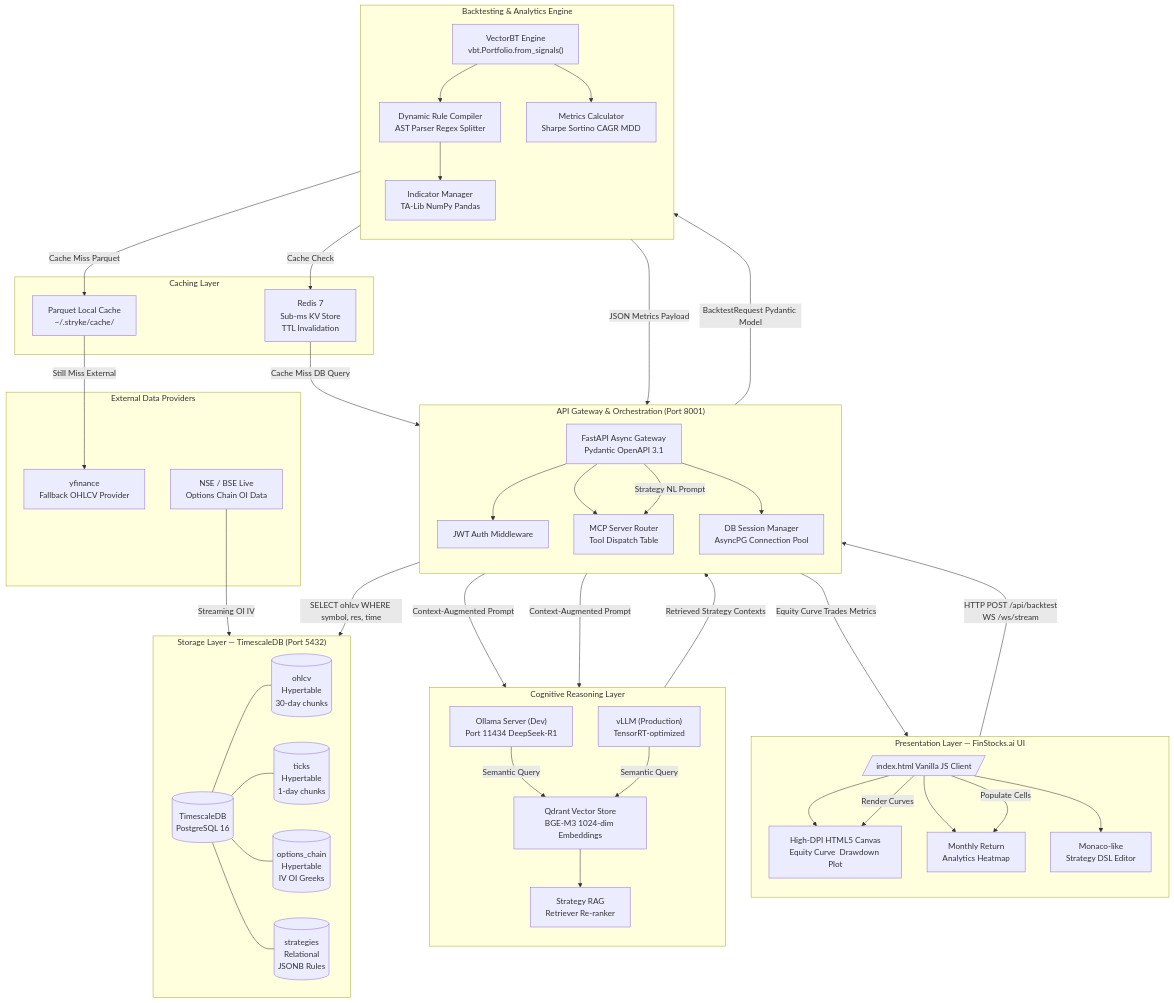
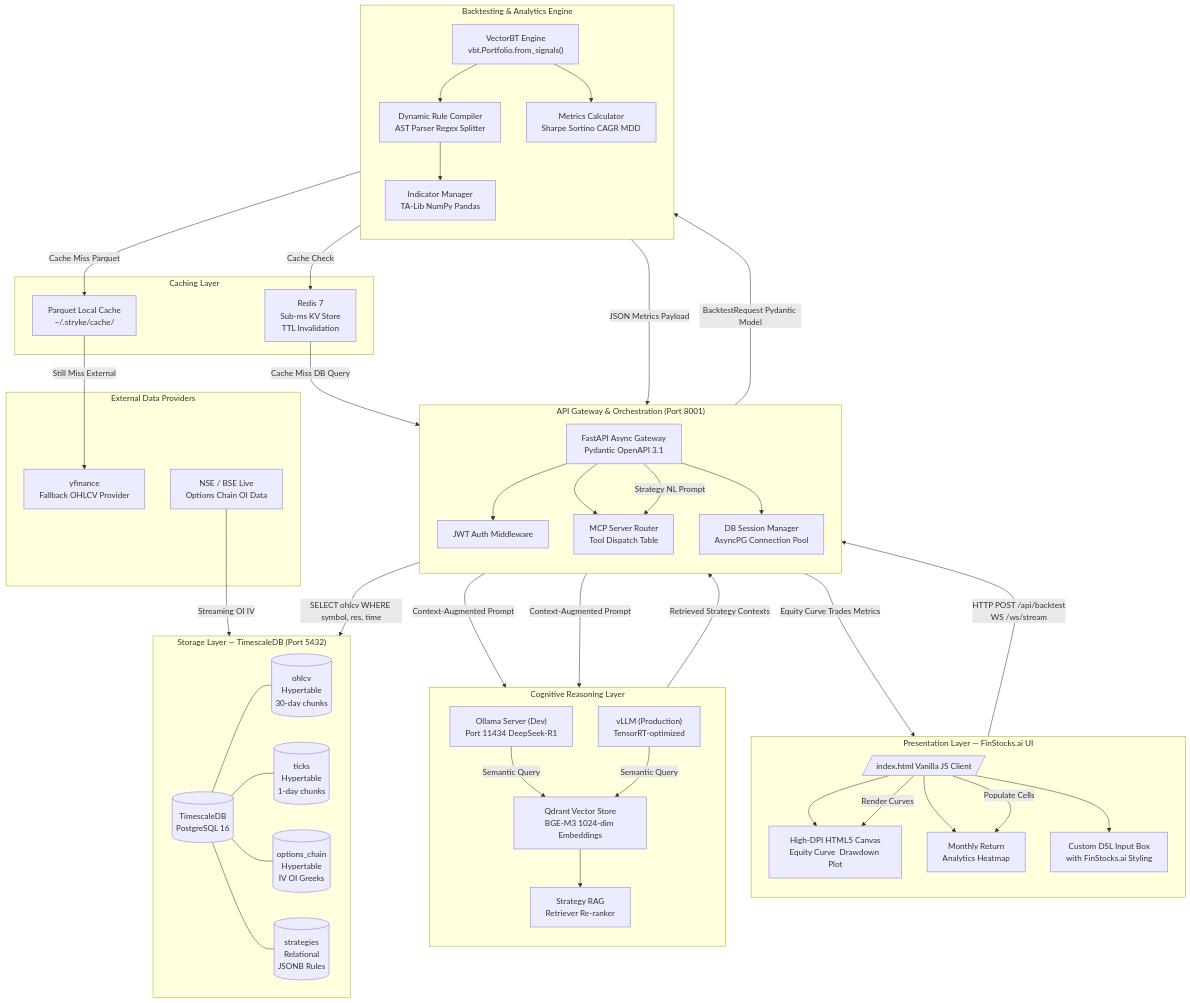
The diagram in README.md (MohammedLike/RAG-LLM-MCP-Strategy-Builder), drawn with Mermaid before and after one commit. The commit also changed other lines of this file, not shown here.

```diff
--- a/README.md
+++ b/README.md
@@ -110,7 +110,7 @@
         UI[/"index.html  Vanilla JS Client"/]
         Canvas["High-DPI HTML5 Canvas\nEquity Curve  Drawdown Plot"]
         Heatmap["Monthly Return\nAnalytics Heatmap"]
-        Editor["Monaco-like\nStrategy DSL Editor"]
+        Editor["Custom DSL Input Box\nwith FinStocks.ai Styling"]
         UI --> Canvas
         UI --> Heatmap
         UI --> Editor
```
